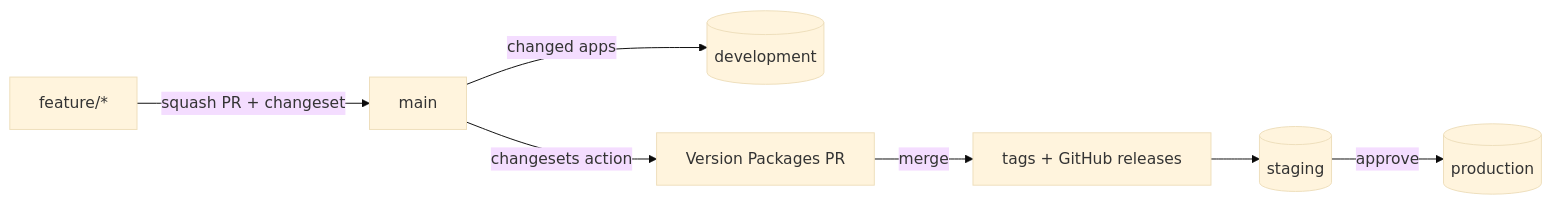
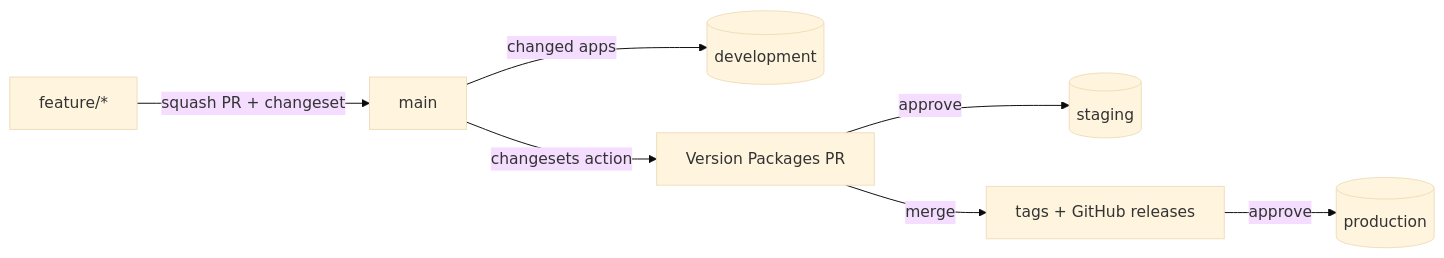
One commit to janodetzel/changesets-demo changed the diagram in README.md. Above: the diagram before and after it, drawn with Mermaid (base theme). The commit also changed other lines of this file and 4 other files, not shown here.

````diff
--- a/README.md
+++ b/README.md
@@ -28,9 +28,9 @@
 ```mermaid
 flowchart LR
   F[feature/*] -- "squash PR + changeset" --> M[main]
   M -- "changed apps" --> DEV[(development)]
   M -- "changesets action" --> V[Version Packages PR]
+  V -- "approve" --> STG[(staging)]
   V -- "merge" --> T[tags + GitHub releases]
-  T --> STG[(staging)]
-  STG -- "approve" --> PROD[(production)]
+  T -- "approve" --> PROD[(production)]
 ```
````
